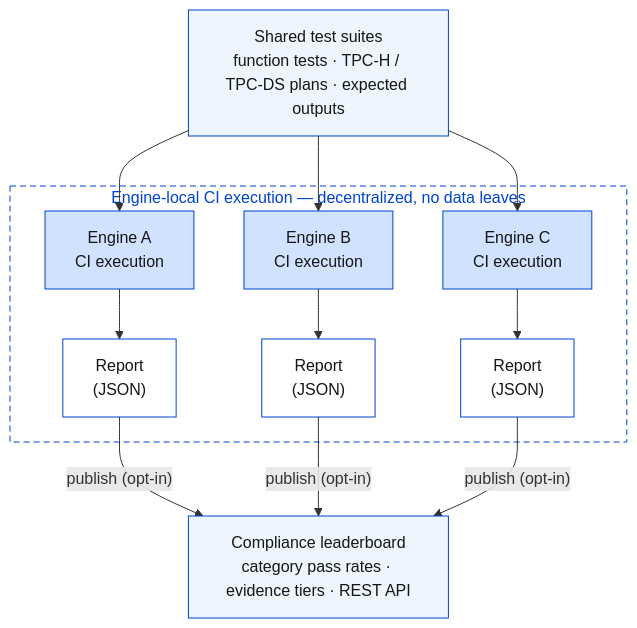
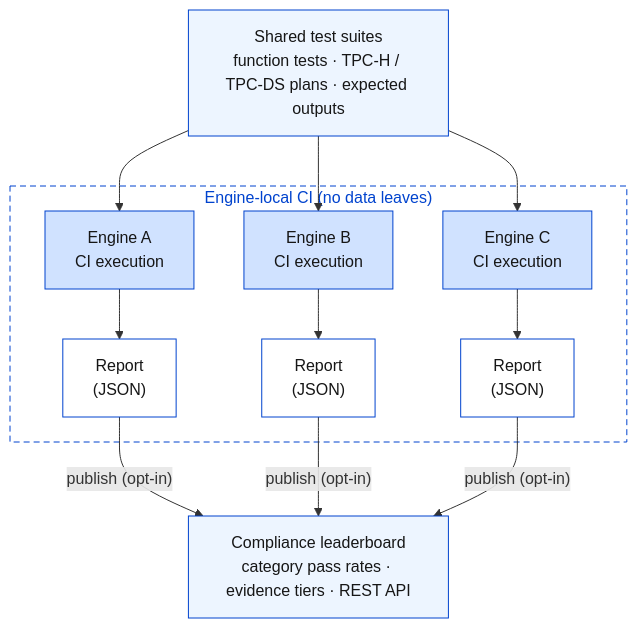
The first of 2 diagrams in docs/INTRODUCTION.md (IBM/substrait-compliance), drawn with Mermaid before and after one commit. The commit also changed other lines of this file, not shown here.

Commit message:
docs: update INTRODUCTION.md mermaid diagram label

````diff
--- a/docs/INTRODUCTION.md
+++ b/docs/INTRODUCTION.md
@@ -29,35 +29,35 @@
 ```mermaid
 flowchart TD
     STS["Shared test suites<br/>function tests · TPC-H / TPC-DS plans · expected outputs"]
 
-    subgraph LOCAL["Engine-local CI execution — decentralized, no data leaves"]
+    subgraph LOCAL["Engine-local CI (no data leaves)"]
         EA["Engine A<br/>CI execution"]
         EB["Engine B<br/>CI execution"]
         EC["Engine C<br/>CI execution"]
         RA["Report<br/>(JSON)"]
         RB["Report<br/>(JSON)"]
         RC["Report<br/>(JSON)"]
         EA --> RA
         EB --> RB
         EC --> RC
     end
 
     LB["Compliance leaderboard<br/>category pass rates · evidence tiers · REST API"]
 
     STS --> EA
     STS --> EB
     STS --> EC
     RA -->|"publish (opt-in)"| LB
     RB -->|"publish (opt-in)"| LB
     RC -->|"publish (opt-in)"| LB
 
     style STS fill:#edf5ff,stroke:#0043ce,color:#161616
     style LOCAL fill:#ffffff,stroke:#0043ce,stroke-dasharray:6 4,color:#0043ce
     style EA fill:#d0e2ff,stroke:#0043ce,color:#161616
     style EB fill:#d0e2ff,stroke:#0043ce,color:#161616
     style EC fill:#d0e2ff,stroke:#0043ce,color:#161616
     style RA fill:#ffffff,stroke:#0043ce,color:#161616
     style RB fill:#ffffff,stroke:#0043ce,color:#161616
     style RC fill:#ffffff,stroke:#0043ce,color:#161616
     style LB fill:#edf5ff,stroke:#0043ce,color:#161616
 ```
````
